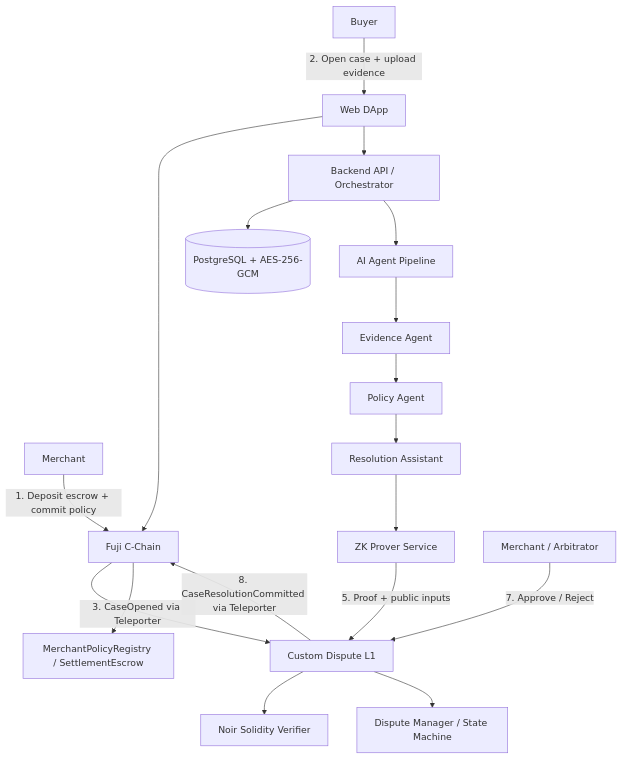
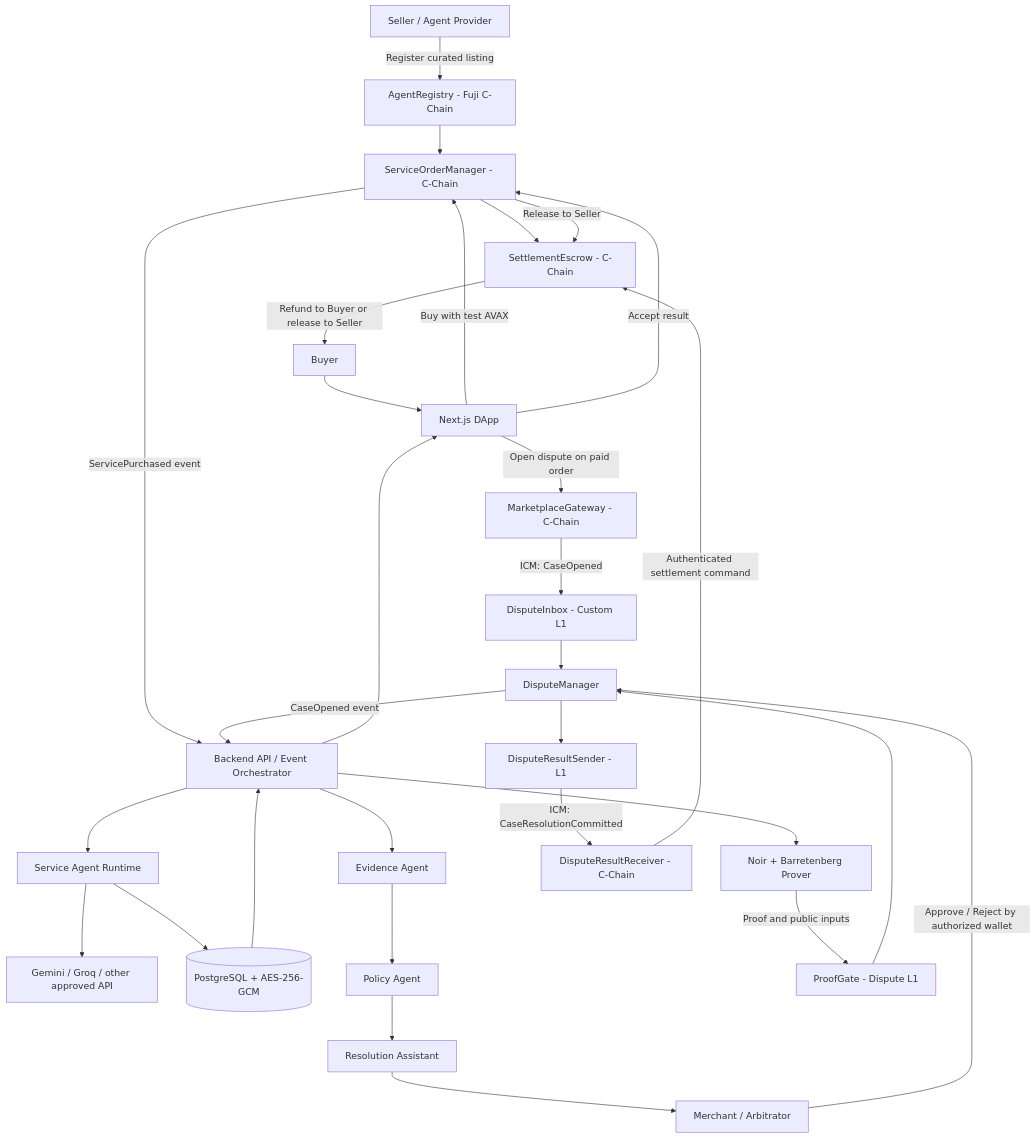
The diagram in README.md (ankieroar/AI-Agent-Marketplace-on-Avalanche), drawn with Mermaid before and after one commit. The commit also changed other lines of this file, not shown here.

````diff
--- a/README.md
+++ b/README.md
@@ -70,22 +94,32 @@
 ```mermaid
 flowchart TD
-    M[Merchant] -->|1. Deposit escrow + commit policy| CCHAIN[Fuji C-Chain]
-    U[Buyer] -->|2. Open case + upload evidence| FE[Web DApp]
-    FE --> CCHAIN
-    CCHAIN -->|3. CaseOpened via Teleporter| L1[Custom Dispute L1]
-    L1 -->|8. CaseResolutionCommitted via Teleporter| CCHAIN
-
-    FE --> API[Backend API / Orchestrator]
-    API --> DB[(PostgreSQL + AES-256-GCM)]
-    API --> PIPE[AI Agent Pipeline]
-    PIPE --> EVID[Evidence Agent]
-    EVID --> POLICY[Policy Agent]
-    POLICY --> RES[Resolution Assistant]
-    RES --> PROVER[ZK Prover Service]
-    PROVER -->|5. Proof + public inputs| L1
-    L1 --> VERIFIER[Noir Solidity Verifier]
-    REVIEWER[Merchant / Arbitrator] -->|7. Approve / Reject| L1
-
-    CCHAIN --> REG[MerchantPolicyRegistry / SettlementEscrow]
-    L1 --> DM[Dispute Manager / State Machine]
+    SELLER[Seller / Agent Provider] -->|Register curated listing| REG[AgentRegistry - Fuji C-Chain]
+    BUYER[Buyer] --> UI[Next.js DApp]
+    UI -->|Buy with test AVAX| ORD[ServiceOrderManager - C-Chain]
+    REG --> ORD
+    ORD --> ESC[SettlementEscrow - C-Chain]
+    ORD -->|ServicePurchased event| API[Backend API / Event Orchestrator]
+    API --> EXEC[Service Agent Runtime]
+    EXEC --> MODEL[Gemini / Groq / other approved API]
+    EXEC --> DB[(PostgreSQL + AES-256-GCM)]
+    DB --> API
+    API --> UI
+    UI -->|Accept result| ORD
+    ORD -->|Release to Seller| ESC
+    UI -->|Open dispute on paid order| GW[MarketplaceGateway - C-Chain]
+    GW -->|ICM: CaseOpened| INBOX[DisputeInbox - Custom L1]
+    INBOX --> DM[DisputeManager]
+    DM -->|CaseOpened event| API
+    API --> EA[Evidence Agent]
+    EA --> PA[Policy Agent]
+    PA --> RA[Resolution Assistant]
+    RA --> REVIEW[Merchant / Arbitrator]
+    API --> PROVER[Noir + Barretenberg Prover]
+    PROVER -->|Proof and public inputs| PG[ProofGate - Dispute L1]
+    PG --> DM
+    REVIEW -->|Approve / Reject by authorized wallet| DM
+    DM --> RESULT[DisputeResultSender - L1]
+    RESULT -->|ICM: CaseResolutionCommitted| RECEIVER[DisputeResultReceiver - C-Chain]
+    RECEIVER -->|Authenticated settlement command| ESC
+    ESC -->|Refund to Buyer or release to Seller| BUYER
 ```
````
